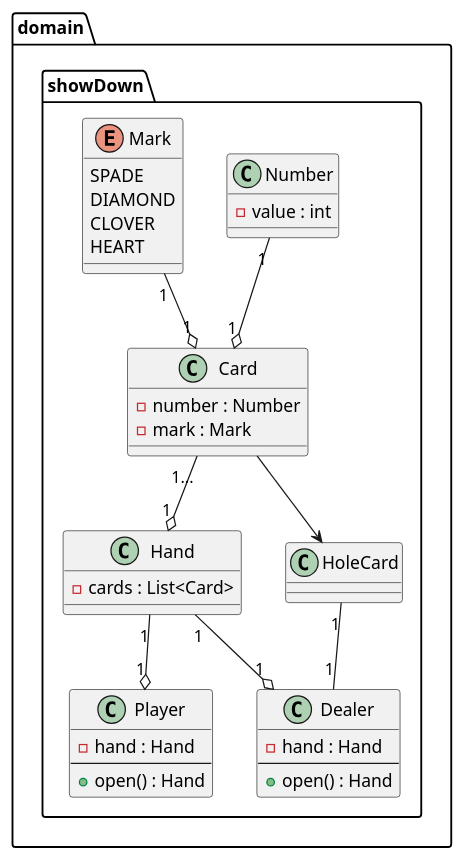
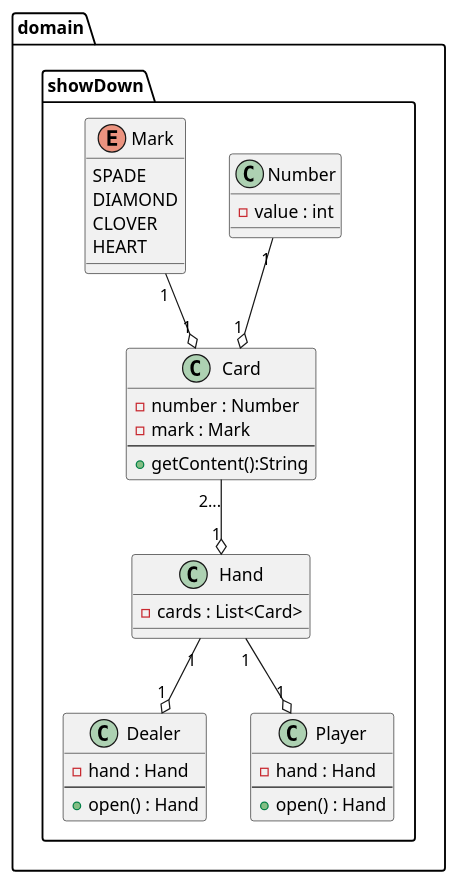
One commit to KazukiOtomo/sample changed the diagram in lecture/src/uml/showdown-class.puml. Above: the diagram before and after it, drawn with PlantUML. The commit also changed 12 other files, not shown here.

```diff
--- a/lecture/src/uml/showdown-class.puml
+++ b/lecture/src/uml/showdown-class.puml
@@ -1,55 +1,50 @@
 @startuml
 'https://plantuml.com/sequence-diagram
 
 skinparam defaultFontName Cica
 
 package domain.showDown {
 
     class Dealer {
         -hand : Hand
         --
         +open() : Hand
     }
 
     class Player {
         -hand : Hand
         --
         +open() : Hand
     }
 
     class Hand {
         -cards : List<Card>
     }
 
     class Card {
         -number : Number
         -mark : Mark
+        --
+        +getContent():String
     }
-
-    class HoleCard{
-
-    }
-
-    Card --> HoleCard
-    HoleCard "1"--"1" Dealer
 
     Hand "1" --o "1" Player
     Hand "1" --o "1" Dealer
-    Card "1..." --o "1" Hand
+    Card "2..." --o "1" Hand
 
     class Number {
         -value : int
     }
 
     enum Mark {
         SPADE
         DIAMOND
         CLOVER
         HEART
     }
 
     Mark "1" --o "1" Card
     Number "1" --o "1" Card
 
 }
 @enduml
```
